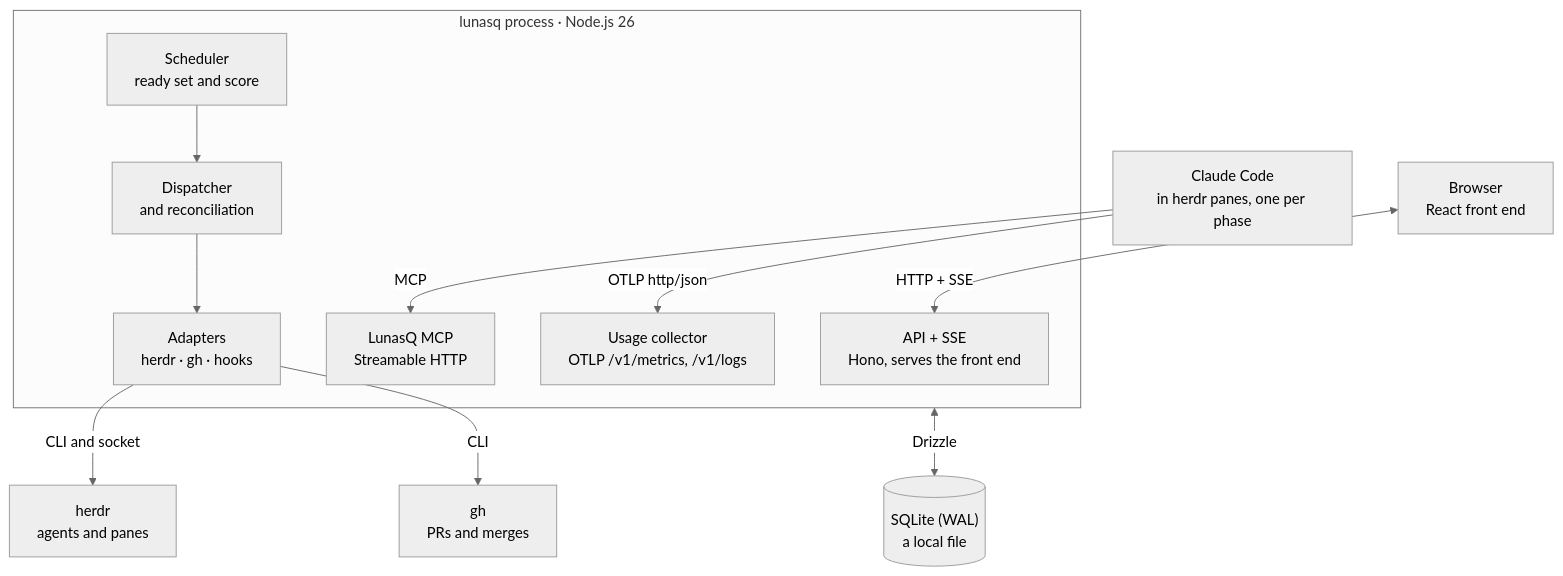
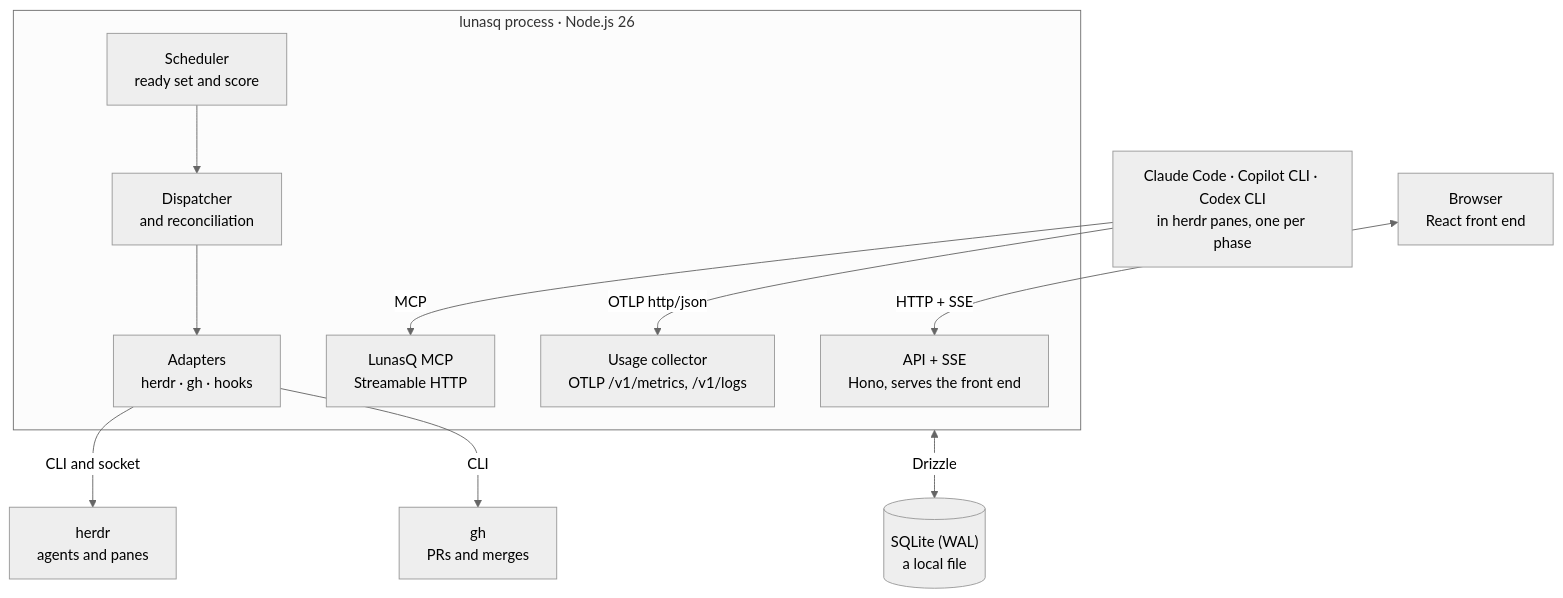
One commit to sergiowero/lunas-queue changed the diagram in docs/tech-stack.md. Above: the diagram before and after it, drawn with Mermaid (neutral theme). The commit also changed other lines of this file and 54 other files, not shown here.

First line of the commit message:
feat(providers): add Codex CLI support

````diff
--- a/docs/tech-stack.md
+++ b/docs/tech-stack.md
@@ -34,24 +34,24 @@
 ```mermaid
 flowchart TB
     BR["Browser<br/>React front end"]
-    CC["Claude Code<br/>in herdr panes, one per phase"]
+    CC["Claude Code · Copilot CLI · Codex CLI<br/>in herdr panes, one per phase"]
     subgraph P["lunasq process · Node.js 26"]
         API["API + SSE<br/>Hono, serves the front end"]
         MCP["LunasQ MCP<br/>Streamable HTTP"]
         UC["Usage collector<br/>OTLP /v1/metrics, /v1/logs"]
         SCH["Scheduler<br/>ready set and score"]
         DIS["Dispatcher<br/>and reconciliation"]
         AD["Adapters<br/>herdr · gh · hooks"]
         SCH --> DIS --> AD
     end
     DB[("SQLite (WAL)<br/>a local file")]
     HE["herdr<br/>agents and panes"]
     GH["gh<br/>PRs and merges"]
 
     BR <-->|HTTP + SSE| API
     CC -->|MCP| MCP
     CC -->|OTLP http/json| UC
     P <-->|Drizzle| DB
     AD -->|CLI and socket| HE
     AD -->|CLI| GH
 ```
````
